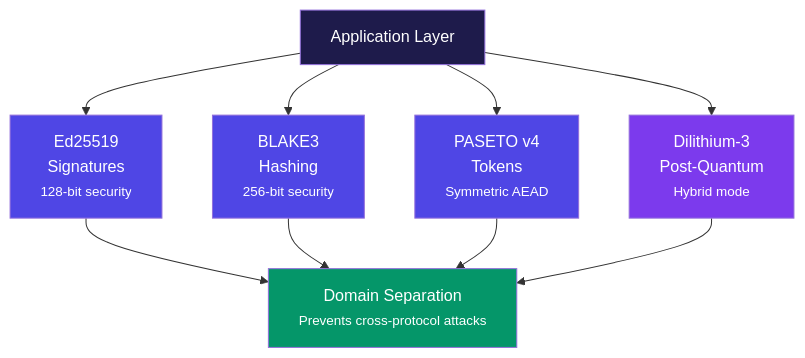
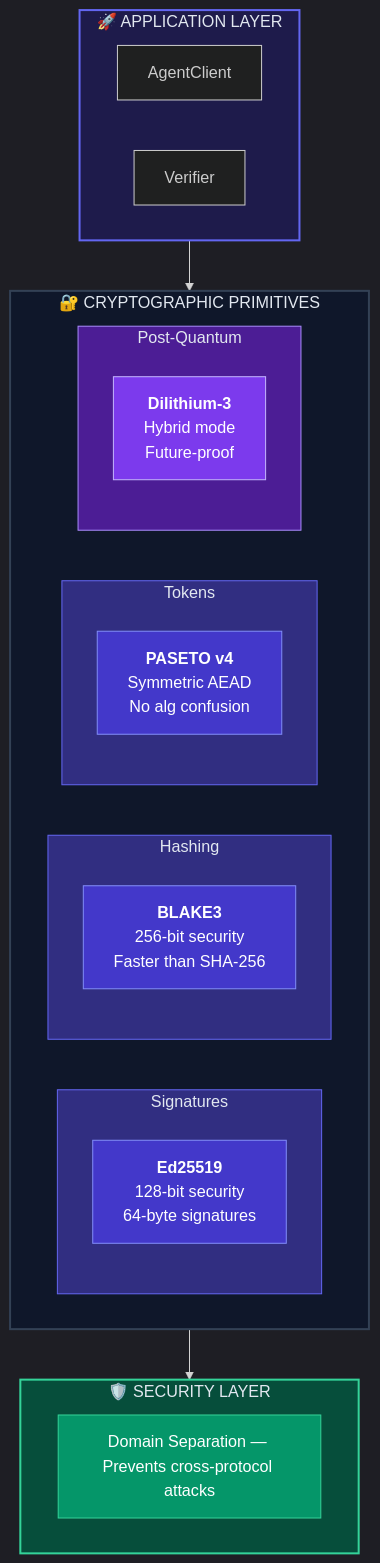
The seventh of 7 diagrams in README.md (trustorno/sigaid), drawn with Mermaid before and after one commit. The commit also changed other lines of this file, not shown here.

Commit message:
Enhance README with polished dark-themed Mermaid diagrams

````diff
--- a/README.md
+++ b/README.md
@@ -246,18 +303,48 @@
 ```mermaid
+%%{init: {'theme': 'dark', 'themeVariables': { 'fontFamily': 'ui-monospace, monospace'}}}%%
 flowchart TB
-    APP["Application Layer"]
+    subgraph APP["🚀 APPLICATION LAYER"]
+        A1["AgentClient"]
+        A2["Verifier"]
+    end
 
-    APP --> ED["Ed25519<br/>Signatures<br/><small>128-bit security</small>"]
-    APP --> BL["BLAKE3<br/>Hashing<br/><small>256-bit security</small>"]
-    APP --> PA["PASETO v4<br/>Tokens<br/><small>Symmetric AEAD</small>"]
-    APP --> DI["Dilithium-3<br/>Post-Quantum<br/><small>Hybrid mode</small>"]
+    subgraph CRYPTO["🔐 CRYPTOGRAPHIC PRIMITIVES"]
+        direction LR
 
-    ED & BL & PA & DI --> DS["Domain Separation<br/><small>Prevents cross-protocol attacks</small>"]
+        subgraph SIG["Signatures"]
+            ED["<b>Ed25519</b><br/>128-bit security<br/>64-byte signatures"]
+        end
 
-    style APP fill:#1e1b4b,color:#fff
-    style ED fill:#4f46e5,color:#fff
-    style BL fill:#4f46e5,color:#fff
-    style PA fill:#4f46e5,color:#fff
-    style DI fill:#7c3aed,color:#fff
-    style DS fill:#059669,color:#fff
+        subgraph HASH["Hashing"]
+            BL["<b>BLAKE3</b><br/>256-bit security<br/>Faster than SHA-256"]
+        end
+
+        subgraph TOK["Tokens"]
+            PA["<b>PASETO v4</b><br/>Symmetric AEAD<br/>No alg confusion"]
+        end
+
+        subgraph PQ["Post-Quantum"]
+            DI["<b>Dilithium-3</b><br/>Hybrid mode<br/>Future-proof"]
+        end
+    end
+
+    subgraph SEC["🛡️ SECURITY LAYER"]
+        DS["Domain Separation — Prevents cross-protocol attacks"]
+    end
+
+    APP --> CRYPTO
+    CRYPTO --> SEC
+
+    style APP fill:#1e1b4b,stroke:#6366f1,stroke-width:2px,color:#e2e8f0
+    style CRYPTO fill:#0f172a,stroke:#334155,stroke-width:2px,color:#e2e8f0
+    style SEC fill:#064e3b,stroke:#34d399,stroke-width:2px,color:#e2e8f0
+    style SIG fill:#312e81,stroke:#6366f1,stroke-width:1px,color:#e2e8f0
+    style HASH fill:#312e81,stroke:#6366f1,stroke-width:1px,color:#e2e8f0
+    style TOK fill:#312e81,stroke:#6366f1,stroke-width:1px,color:#e2e8f0
+    style PQ fill:#4c1d95,stroke:#a78bfa,stroke-width:1px,color:#e2e8f0
+    style ED fill:#4338ca,stroke:#818cf8,color:#fff
+    style BL fill:#4338ca,stroke:#818cf8,color:#fff
+    style PA fill:#4338ca,stroke:#818cf8,color:#fff
+    style DI fill:#7c3aed,stroke:#c4b5fd,color:#fff
+    style DS fill:#059669,stroke:#34d399,color:#fff
 ```
````
